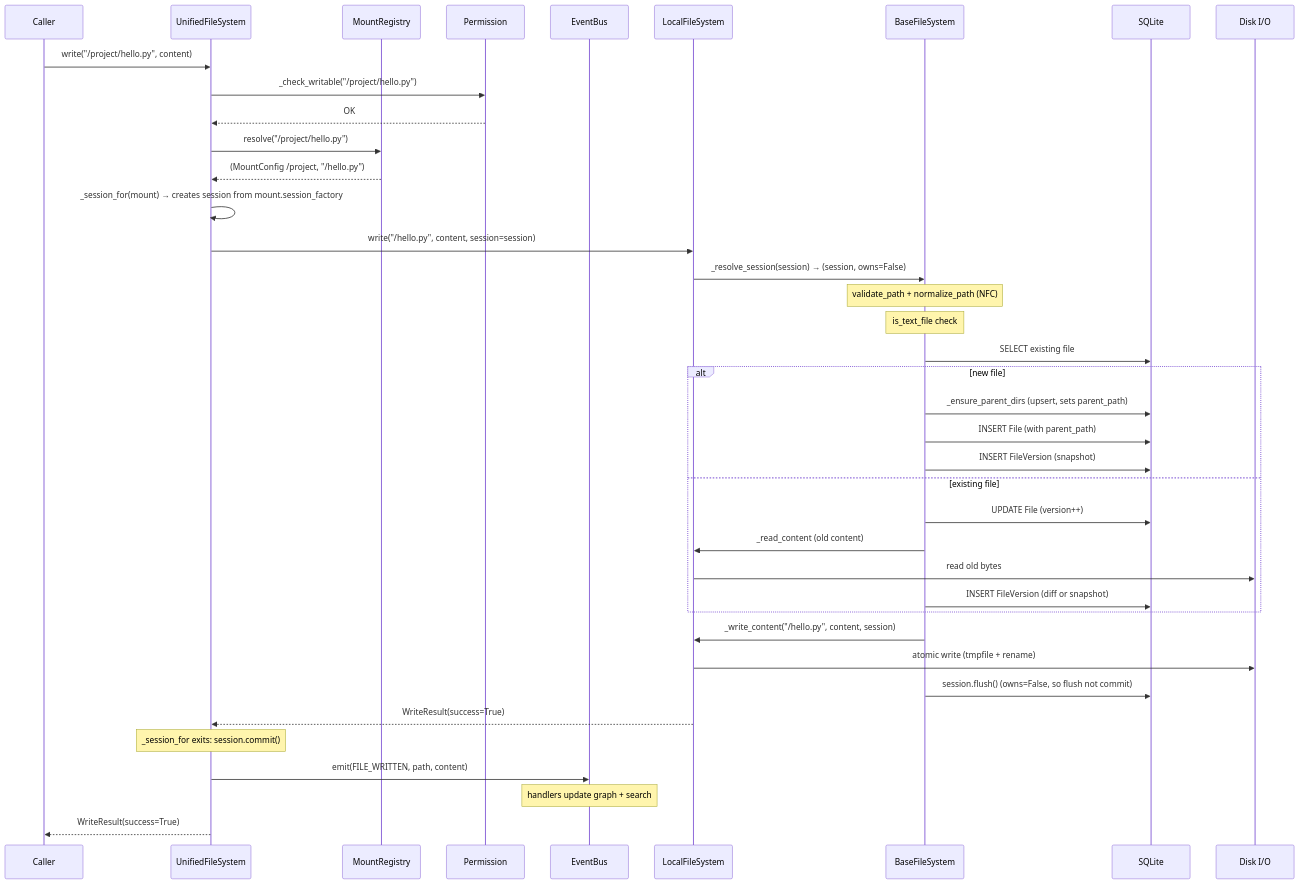
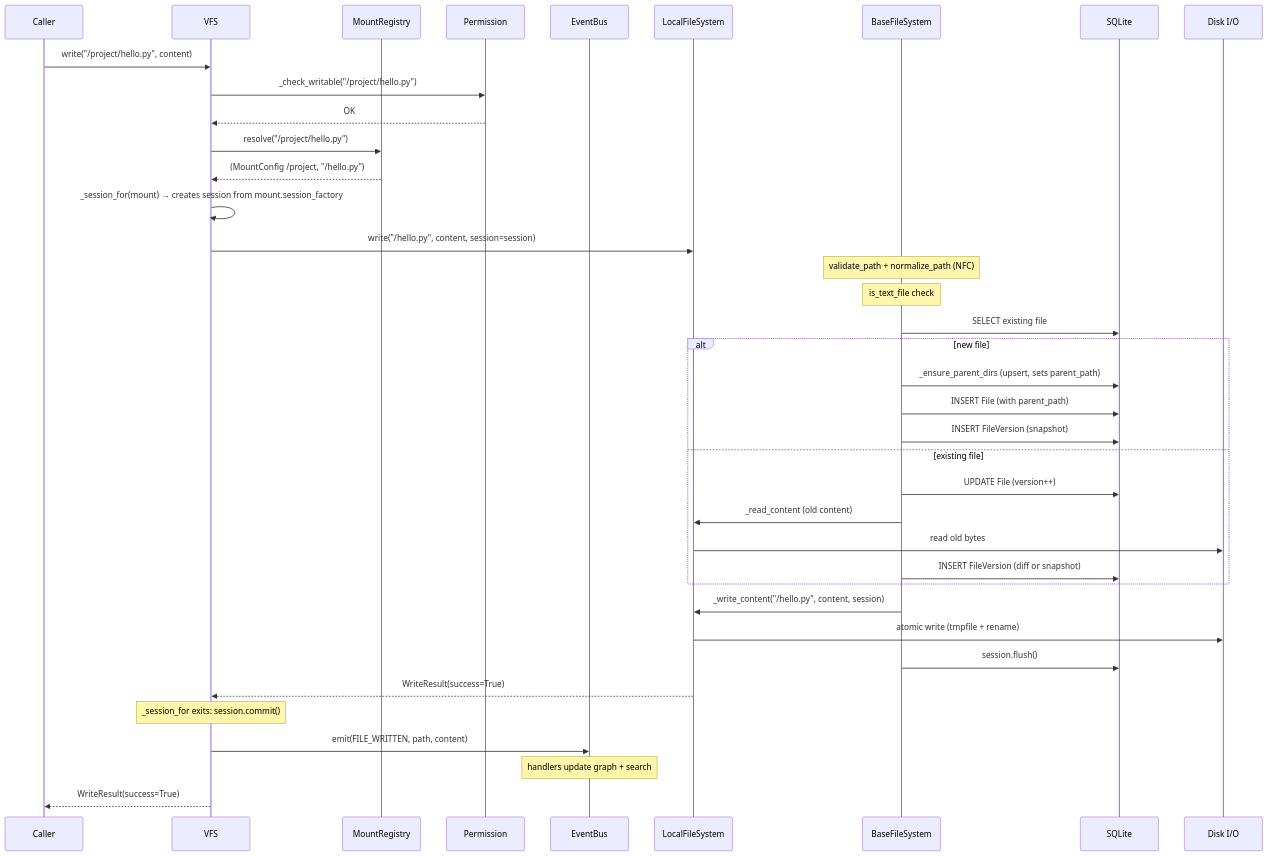
One commit to ClayGendron/grover changed the second of 10 diagrams in docs/fs_architecture.md. Above: the diagram before and after it, drawn with Mermaid. The commit also changed other lines of this file and 17 other files, not shown here.

First line of the commit message:
Clean up session management, rename UnifiedFileSystem → VFS

````diff
--- a/docs/fs_architecture.md
+++ b/docs/fs_architecture.md
@@ -112,51 +109,50 @@
 ```mermaid
 sequenceDiagram
     participant C as Caller
-    participant UFS as UnifiedFileSystem
+    participant UFS as VFS
     participant MR as MountRegistry
     participant P as Permission
     participant EB as EventBus
     participant LFS as LocalFileSystem
     participant BFS as BaseFileSystem
     participant DB as SQLite
     participant Disk as Disk I/O
 
     C->>UFS: write("/project/hello.py", content)
     UFS->>P: _check_writable("/project/hello.py")
     P-->>UFS: OK
 
     UFS->>MR: resolve("/project/hello.py")
     MR-->>UFS: (MountConfig /project, "/hello.py")
 
     UFS->>UFS: _session_for(mount) → creates session from mount.session_factory
     UFS->>LFS: write("/hello.py", content, session=session)
-    LFS->>BFS: _resolve_session(session) → (session, owns=False)
 
     Note over BFS: validate_path + normalize_path (NFC)
     Note over BFS: is_text_file check
 
     BFS->>DB: SELECT existing file
     alt new file
         BFS->>DB: _ensure_parent_dirs (upsert, sets parent_path)
         BFS->>DB: INSERT File (with parent_path)
         BFS->>DB: INSERT FileVersion (snapshot)
     else existing file
         BFS->>DB: UPDATE File (version++)
         BFS->>LFS: _read_content (old content)
         LFS->>Disk: read old bytes
         BFS->>DB: INSERT FileVersion (diff or snapshot)
     end
 
     BFS->>LFS: _write_content("/hello.py", content, session)
     LFS->>Disk: atomic write (tmpfile + rename)
-    BFS->>DB: session.flush() (owns=False, so flush not commit)
+    BFS->>DB: session.flush()
 
     LFS-->>UFS: WriteResult(success=True)
 
     Note over UFS: _session_for exits: session.commit()
 
     UFS->>EB: emit(FILE_WRITTEN, path, content)
     Note over EB: handlers update graph + search
 
     UFS-->>C: WriteResult(success=True)
 ```
````
